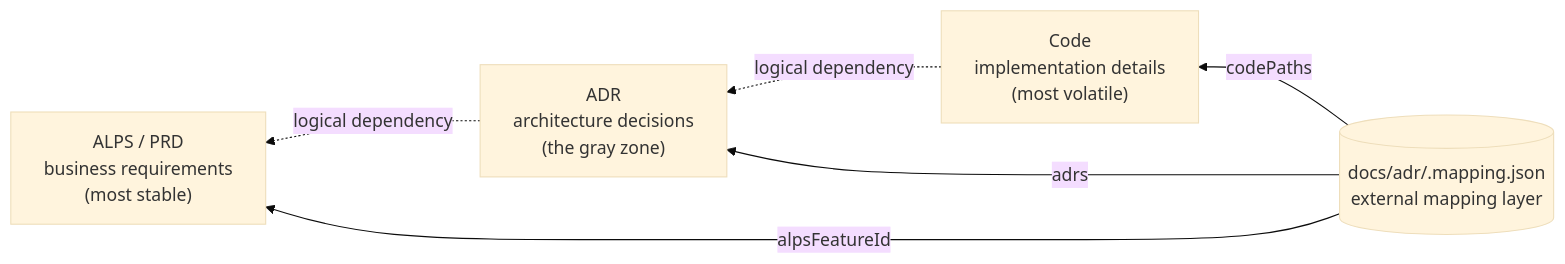
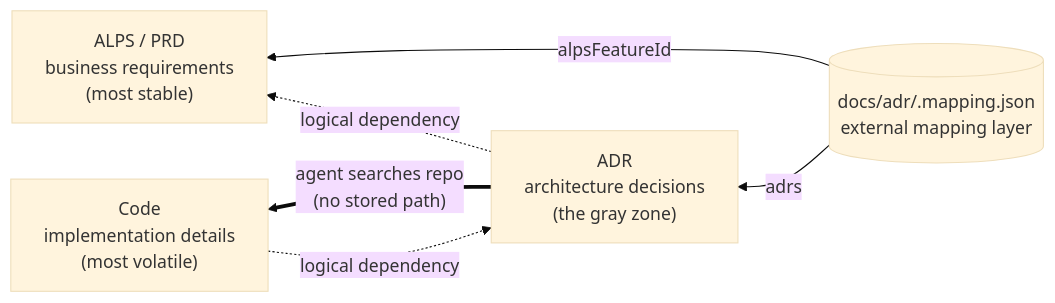
The first of 2 diagrams in README.md (haandol/alps-writer-mcp), drawn with Mermaid (base theme) before and after one commit. The commit also changed other lines of this file and 16 other files, not shown here.

First line of the commit message:
refactor(adr): drop codePaths + PreToolUse hook; PRD is a one-time import

````diff
--- a/README.md
+++ b/README.md
@@ -43,14 +43,14 @@
 ```mermaid
 flowchart RL
     PRD["ALPS / PRD<br/>business requirements<br/>(most stable)"]
     ADR["ADR<br/>architecture decisions<br/>(the gray zone)"]
     Code["Code<br/>implementation details<br/>(most volatile)"]
     Mapping[("docs/adr/.mapping.json<br/>external mapping layer")]
 
     Code -. logical dependency .-> ADR
     ADR -. logical dependency .-> PRD
 
     Mapping -- alpsFeatureId --> PRD
     Mapping -- adrs --> ADR
-    Mapping -- codePaths --> Code
+    ADR == "agent searches repo<br/>(no stored path)" ==> Code
 ```
````
